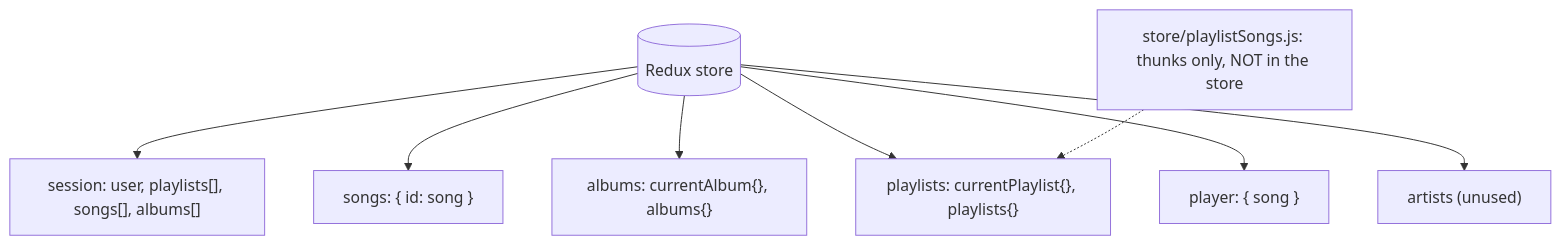
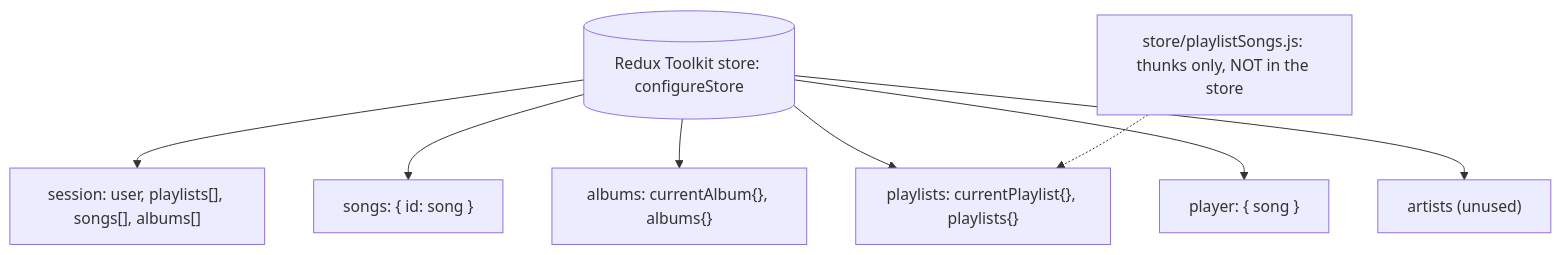
Before and after one commit to tyler-tor/SoundHaze: the fourth of 5 diagrams in docs/WALKTHROUGH.md, drawn with Mermaid. The commit also changed other lines of this file, not shown here.

````diff
--- a/docs/WALKTHROUGH.md
+++ b/docs/WALKTHROUGH.md
@@ -562,10 +609,10 @@
 ```mermaid
 flowchart TB
-    S[(Redux store)] --> session["session: user, playlists[], songs[], albums[]"]
+    S[(Redux Toolkit store: configureStore)] --> session["session: user, playlists[], songs[], albums[]"]
     S --> songs["songs: { id: song }"]
     S --> albums["albums: currentAlbum{}, albums{}"]
     S --> playlists["playlists: currentPlaylist{}, playlists{}"]
     S --> player["player: { song }"]
     S --> artists["artists (unused)"]
     PS["store/playlistSongs.js: thunks only, NOT in the store"] -.-> playlists
 ```
````
